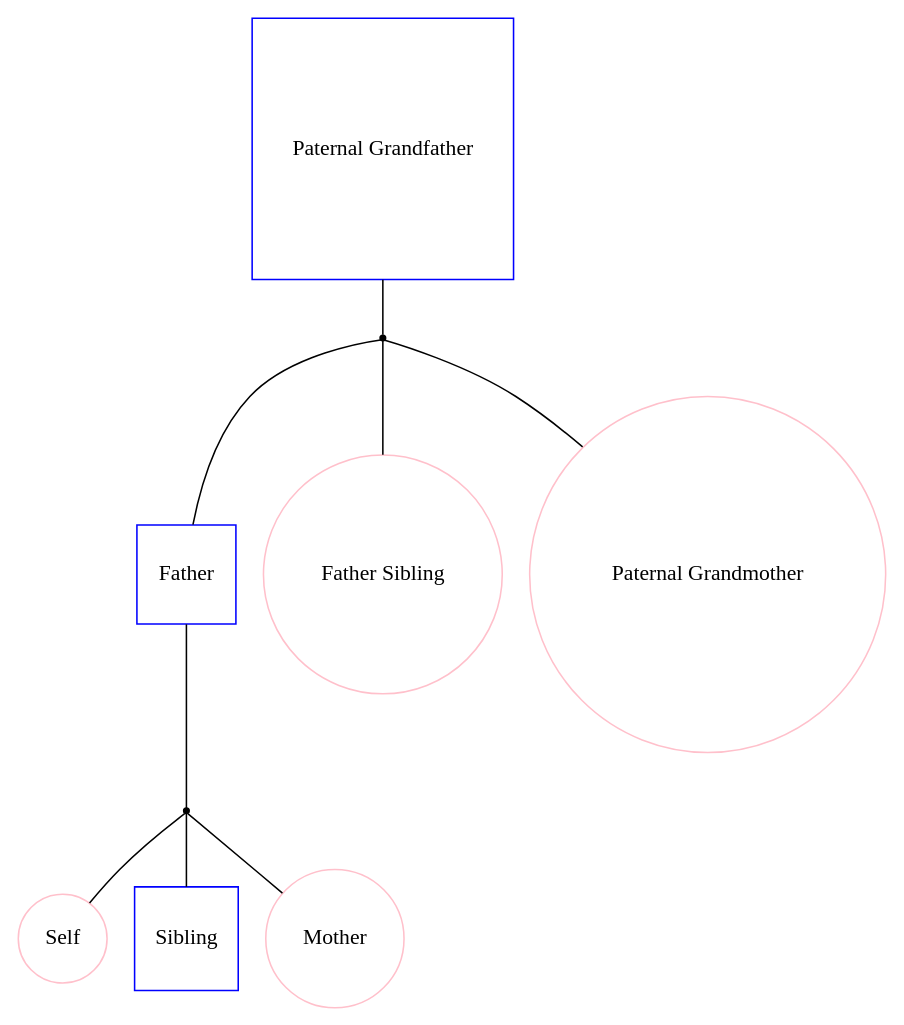
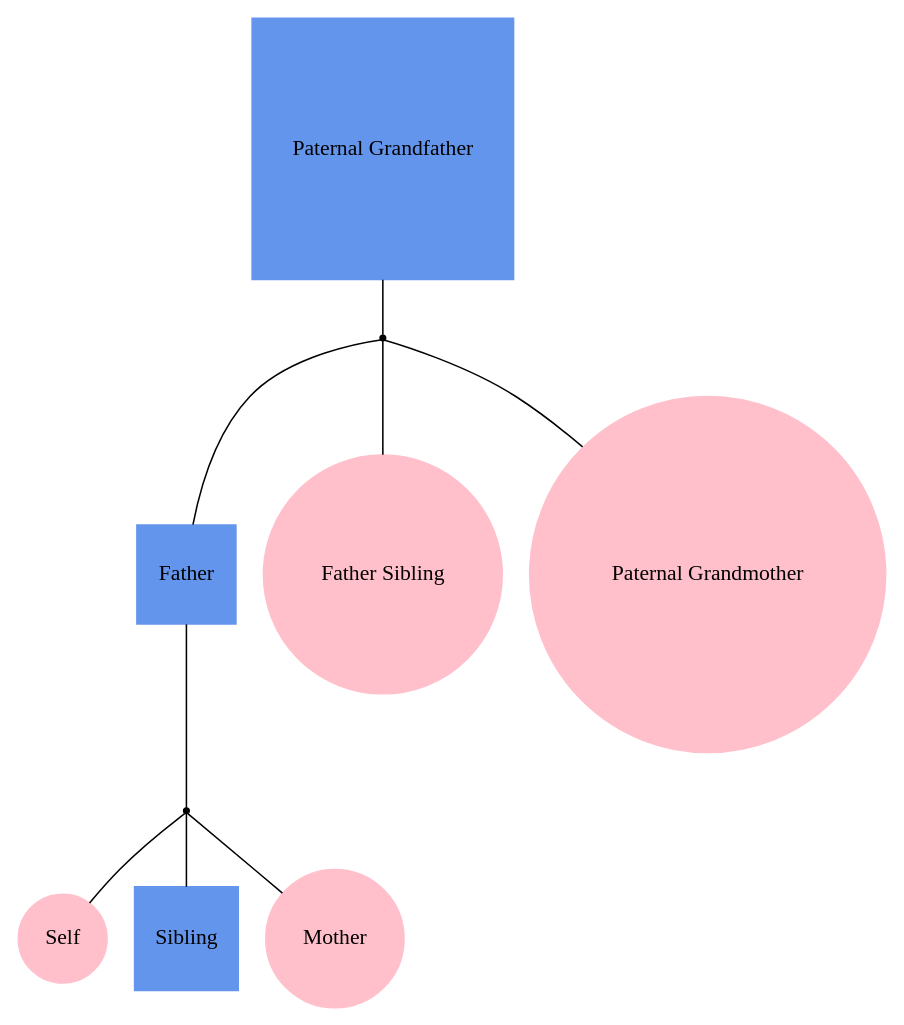
Before and after one commit to phewing/teamM_L: the diagram in encoder/out19.gv, drawn with Graphviz. The commit also changed 21 other files, not shown here.

```diff
--- a/encoder/out19.gv
+++ b/encoder/out19.gv
@@ -1,21 +1,21 @@
 
 graph f19 {
-"Self" [shape=oval, regular=1, color="pink"];
-"Sibling" [shape=box, regular=1, color="blue"];
-"Mother" [shape=oval, regular=1, color="pink"];
-"Father" [shape=box, regular=1, color="blue"];
-"Father Sibling" [shape=oval, regular=1, color="pink"];
-"Paternal Grandmother" [shape=oval, regular=1, color="pink"];
-"Paternal Grandfather" [shape=box, regular=1, color="blue"];
+"Self" [shape=oval, style=filled, regular=1, color="pink"];
+"Sibling" [shape=box, style=filled, regular=1, color="cornflowerblue"];
+"Mother" [shape=oval, style=filled, regular=1, color="pink"];
+"Father" [shape=box, style=filled, regular=1, color="cornflowerblue"];
+"Father Sibling" [shape=oval, style=filled, regular=1, color="pink"];
+"Paternal Grandmother" [shape=oval, style=filled, regular=1, color="pink"];
+"Paternal Grandfather" [shape=box, style=filled, regular=1, color="cornflowerblue"];
 
 "father+mother" [shape=point];
 "paternalgrandfather+paternalgrandmother" [shape=point];
 
 "Father" -- "father+mother" -- "Mother";
 "Paternal Grandfather" -- "paternalgrandfather+paternalgrandmother" -- "Paternal Grandmother";
 
 "father+mother" -- "Self";
 "father+mother" -- "Sibling";
 "paternalgrandfather+paternalgrandmother" -- "Father";
 "paternalgrandfather+paternalgrandmother" -- "Father Sibling";
 }
```
